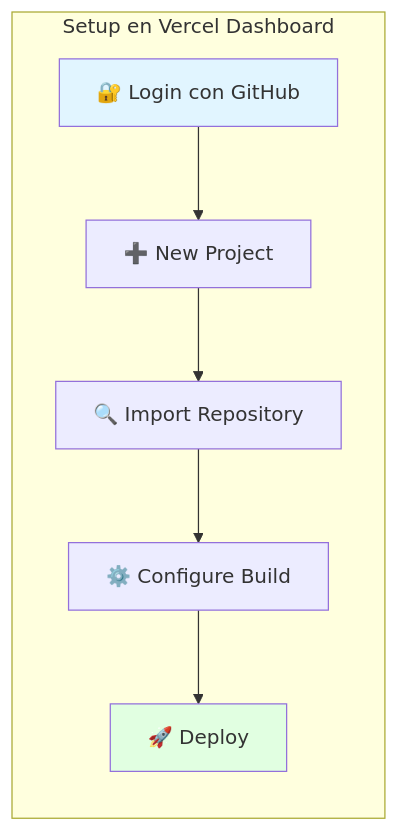
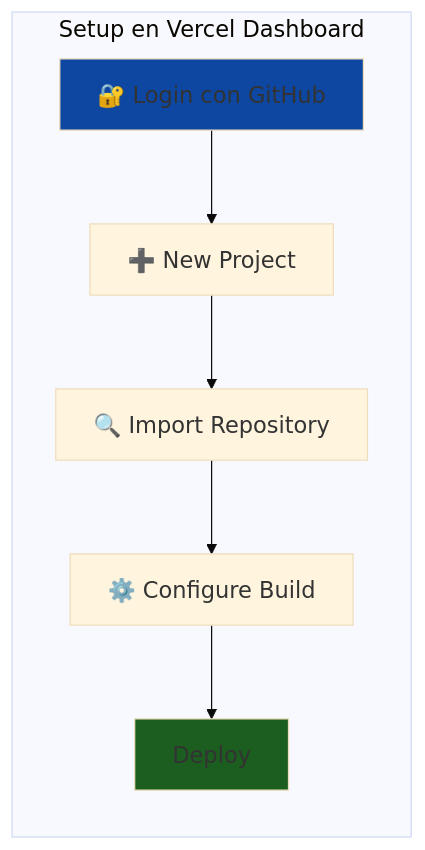
One commit to Ai-Whisperers/Courses-Content changed the fifth of 12 diagrams in courses/🟡-development/FPUNA-2026/01-DESARROLLO-SOFTWARE/especializaciones/web-development/05-despliegue-ia.md. Above: the diagram before and after it, drawn with Mermaid. The commit also changed other lines of this file and 47 other files, not shown here.

First line of the commit message:
fix: Make all 473 diagrams WCAG AAA accessible (FPUNA-2026)

````diff
--- a/courses/🟡-development/FPUNA-2026/01-DESARROLLO-SOFTWARE/especializaciones/web-development/05-despliegue-ia.md
+++ b/courses/🟡-development/FPUNA-2026/01-DESARROLLO-SOFTWARE/especializaciones/web-development/05-despliegue-ia.md
@@ -189,18 +193,19 @@
 ```mermaid
+%%{init: {'theme':'base', 'themeVariables': {'fontSize':'18px'}}}%%
 graph LR
     subgraph "Setup en Vercel Dashboard"
         A[🔐 Login con GitHub]
         B[➕ New Project]
         C[🔍 Import Repository]
         D[⚙️ Configure Build]
-        E[🚀 Deploy]
+        E[Deploy]
         
         A --> B
         B --> C
         C --> D
         D --> E
     end
     
-    style A fill:#E1F5FF
-    style E fill:#E1FFE1
+    style A fill:#0d47a1
+    style E fill:#1b5e20
 ```
````
